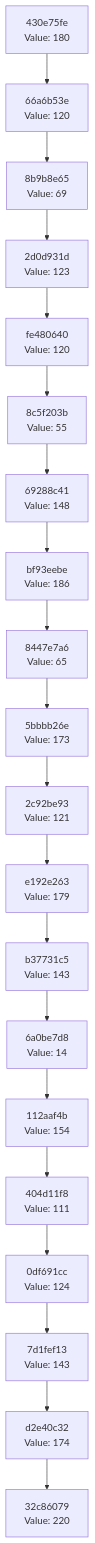
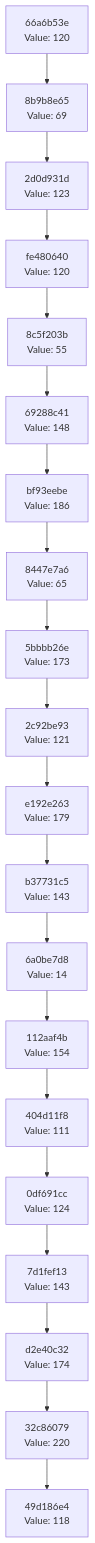
The diagram in docs/CHAIN_VISUALIZATION.md (Abhisheksinha1506/hash-chain-evolver), drawn with Mermaid before and after one commit. The commit also changed 3 other files, not shown here.

````diff
--- a/docs/CHAIN_VISUALIZATION.md
+++ b/docs/CHAIN_VISUALIZATION.md
@@ -3,42 +3,42 @@
 ```mermaid
 graph TD
-    C0["32c86079<br/>Value: 220"]
-    C1["d2e40c32<br/>Value: 174"]
+    C0["49d186e4<br/>Value: 118"]
+    C1["32c86079<br/>Value: 220"]
     C1 --> C0
-    C2["7d1fef13<br/>Value: 143"]
+    C2["d2e40c32<br/>Value: 174"]
     C2 --> C1
-    C3["0df691cc<br/>Value: 124"]
+    C3["7d1fef13<br/>Value: 143"]
     C3 --> C2
-    C4["404d11f8<br/>Value: 111"]
+    C4["0df691cc<br/>Value: 124"]
     C4 --> C3
-    C5["112aaf4b<br/>Value: 154"]
+    C5["404d11f8<br/>Value: 111"]
     C5 --> C4
-    C6["6a0be7d8<br/>Value: 14"]
+    C6["112aaf4b<br/>Value: 154"]
     C6 --> C5
-    C7["b37731c5<br/>Value: 143"]
+    C7["6a0be7d8<br/>Value: 14"]
     C7 --> C6
-    C8["e192e263<br/>Value: 179"]
+    C8["b37731c5<br/>Value: 143"]
     C8 --> C7
-    C9["2c92be93<br/>Value: 121"]
+    C9["e192e263<br/>Value: 179"]
     C9 --> C8
-    C10["5bbbb26e<br/>Value: 173"]
+    C10["2c92be93<br/>Value: 121"]
     C10 --> C9
-    C11["8447e7a6<br/>Value: 65"]
+    C11["5bbbb26e<br/>Value: 173"]
     C11 --> C10
-    C12["bf93eebe<br/>Value: 186"]
+    C12["8447e7a6<br/>Value: 65"]
     C12 --> C11
-    C13["69288c41<br/>Value: 148"]
+    C13["bf93eebe<br/>Value: 186"]
     C13 --> C12
-    C14["8c5f203b<br/>Value: 55"]
+    C14["69288c41<br/>Value: 148"]
     C14 --> C13
-    C15["fe480640<br/>Value: 120"]
+    C15["8c5f203b<br/>Value: 55"]
     C15 --> C14
-    C16["2d0d931d<br/>Value: 123"]
+    C16["fe480640<br/>Value: 120"]
     C16 --> C15
-    C17["8b9b8e65<br/>Value: 69"]
+    C17["2d0d931d<br/>Value: 123"]
     C17 --> C16
-    C18["66a6b53e<br/>Value: 120"]
+    C18["8b9b8e65<br/>Value: 69"]
     C18 --> C17
-    C19["430e75fe<br/>Value: 180"]
+    C19["66a6b53e<br/>Value: 120"]
     C19 --> C18
 ```
````
